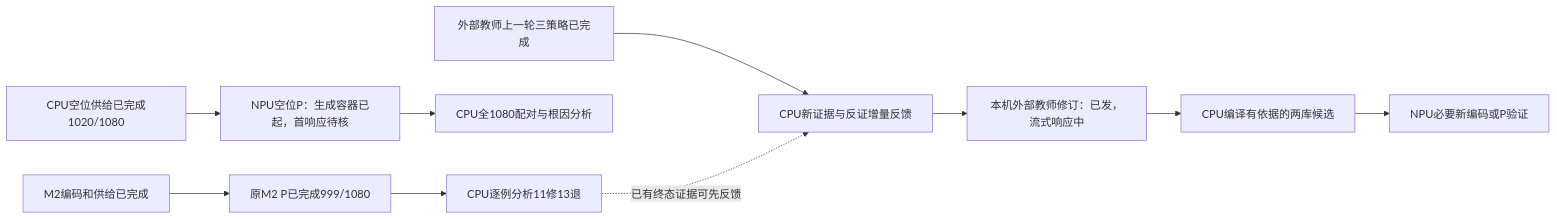
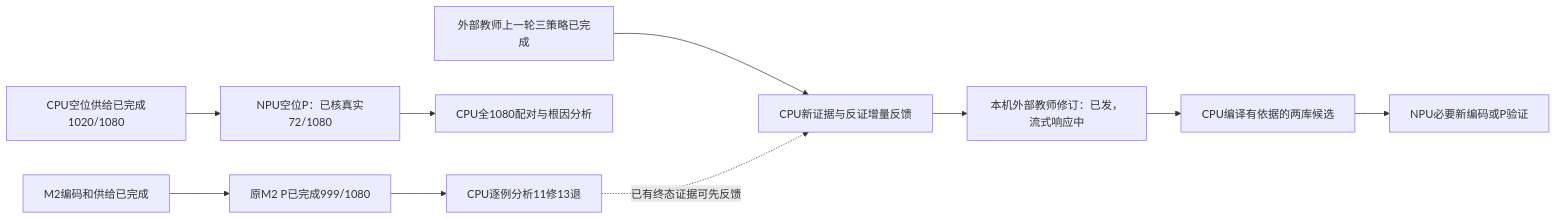
One commit to chaosxingxc-orion/omni changed the diagram in wiki/TFRL-Execution-DAG.md. Above: the diagram before and after it, drawn with Mermaid. The commit also changed other lines of this file and 8 other files, not shown here.

````diff
--- a/wiki/TFRL-Execution-DAG.md
+++ b/wiki/TFRL-Execution-DAG.md
@@ -5,12 +5,12 @@
 ```mermaid
 flowchart LR
  M[M2编码和供给已完成] --> P[原M2 P已完成999/1080]
  P --> A[CPU逐例分析11修13退]
- V[CPU空位供给已完成1020/1080] --> N[NPU空位P：生成容器已起，首响应待核]
+ V[CPU空位供给已完成1020/1080] --> N[NPU空位P：已核真实72/1080]
  N --> R[CPU全1080配对与根因分析]
  T[外部教师上一轮三策略已完成] --> F[CPU新证据与反证增量反馈]
  A -. 已有终态证据可先反馈 .-> F
  F --> E[本机外部教师修订：已发，流式响应中]
  E --> C[CPU编译有依据的两库候选]
  C --> Q[NPU必要新编码或P验证]
 ```
````
